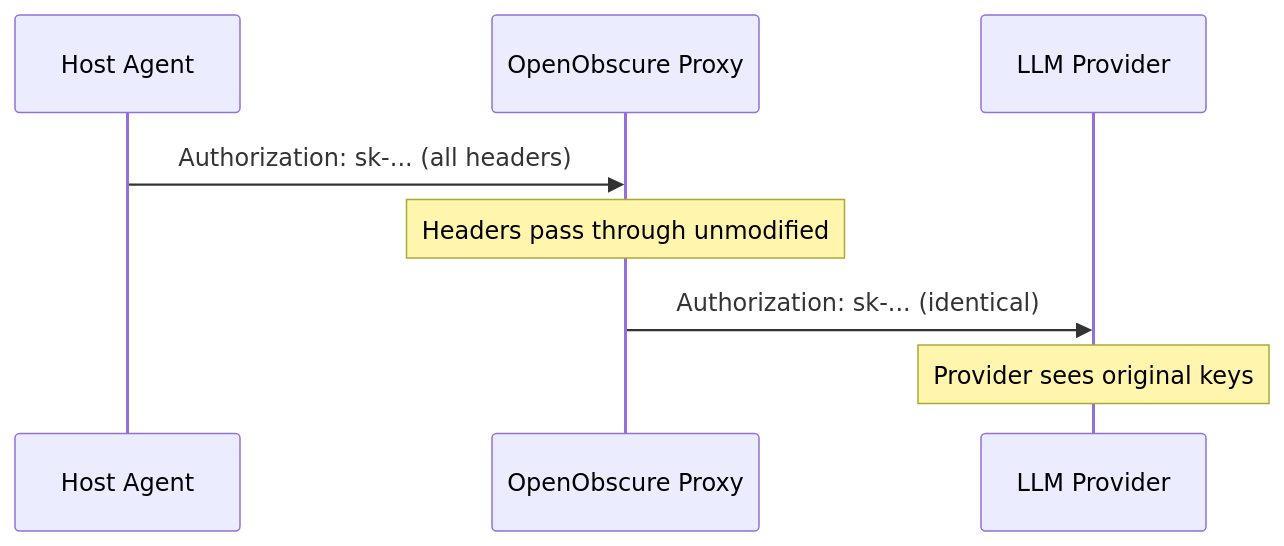
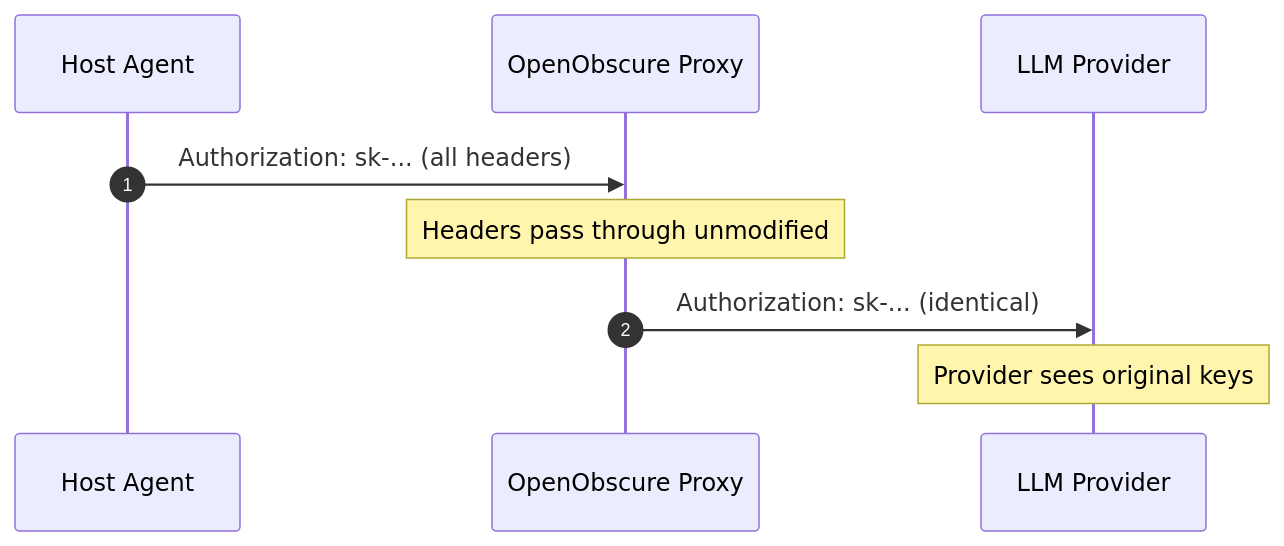
One commit to OpenObscure/OpenObscure changed the third of 3 diagrams in ARCHITECTURE.md. Above: the diagram before and after it, drawn with Mermaid. The commit also changed other lines of this file, not shown here.

First line of the commit message:
Improve ARCHITECTURE.md clarity and examples

````diff
--- a/ARCHITECTURE.md
+++ b/ARCHITECTURE.md
@@ -323,11 +323,13 @@
 ```mermaid
 sequenceDiagram
+    autonumber
+
     participant A as Host Agent
     participant P as OpenObscure Proxy
     participant L as LLM Provider
 
     A->>P: Authorization: sk-... (all headers)
     Note over P: Headers pass through unmodified
     P->>L: Authorization: sk-... (identical)
     Note over L: Provider sees original keys
 ```
````
